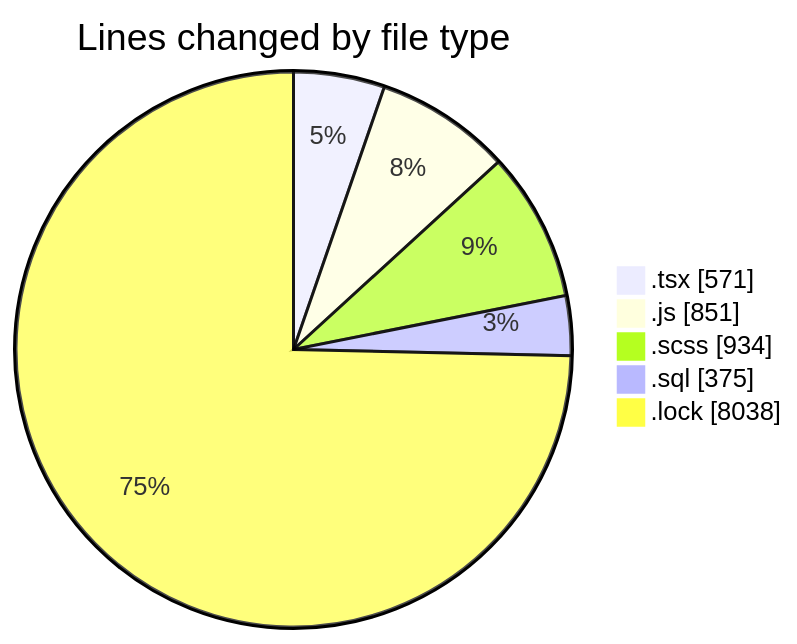
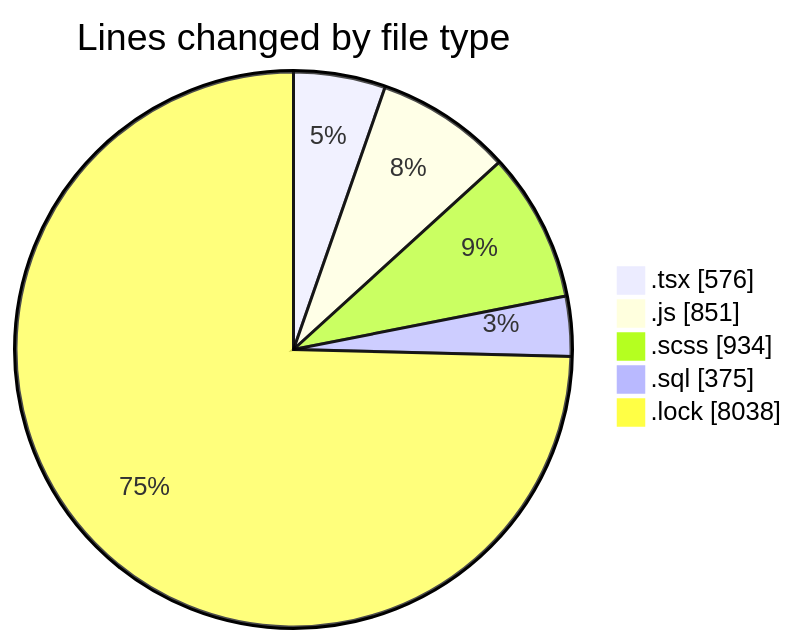
The first of 2 diagrams in 2025-03-18/cda/README.md (momahboobian/code-tracking), drawn with Mermaid before and after one commit. The commit also changed other lines of this file and 1 other file, not shown here.

````diff
--- a/2025-03-18/cda/README.md
+++ b/2025-03-18/cda/README.md
@@ -30,9 +30,9 @@
 ```mermaid
 pie showData
 title Lines changed by file type
-".tsx" : 571
+".tsx" : 576
 ".js" : 851
 ".scss" : 934
 ".sql" : 375
 ".lock" : 8038
 ```
````
